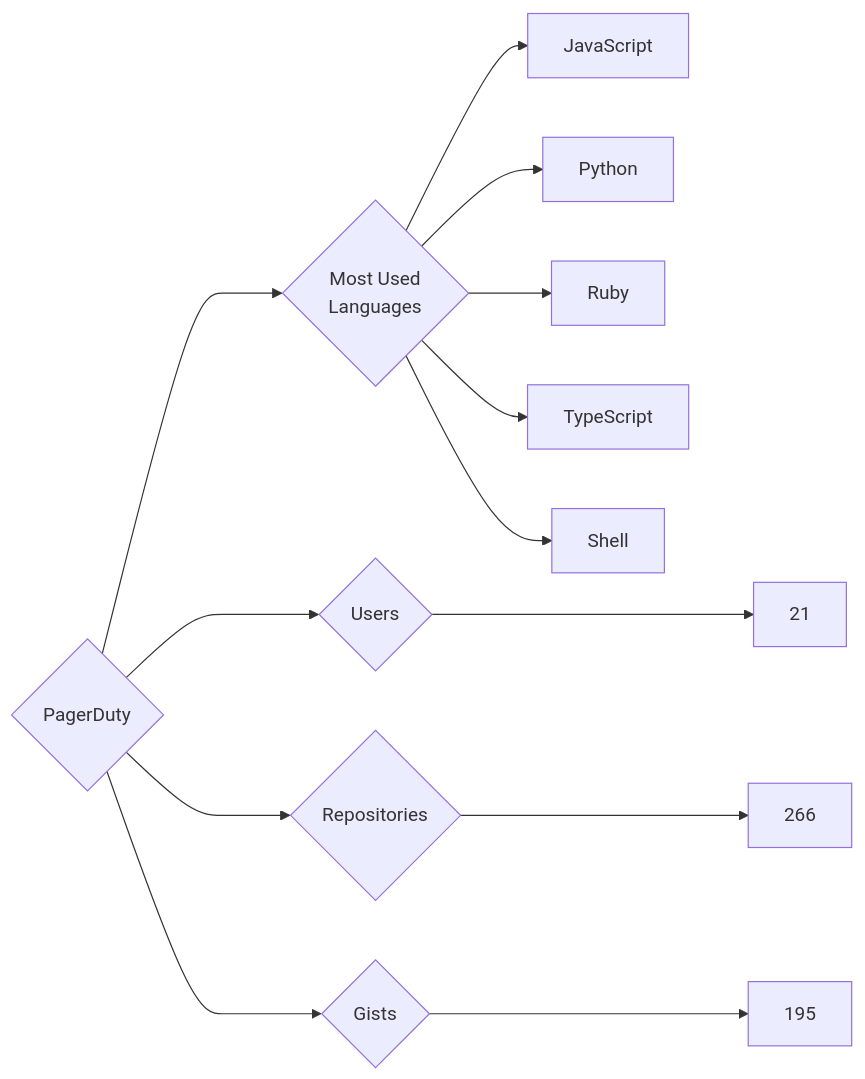
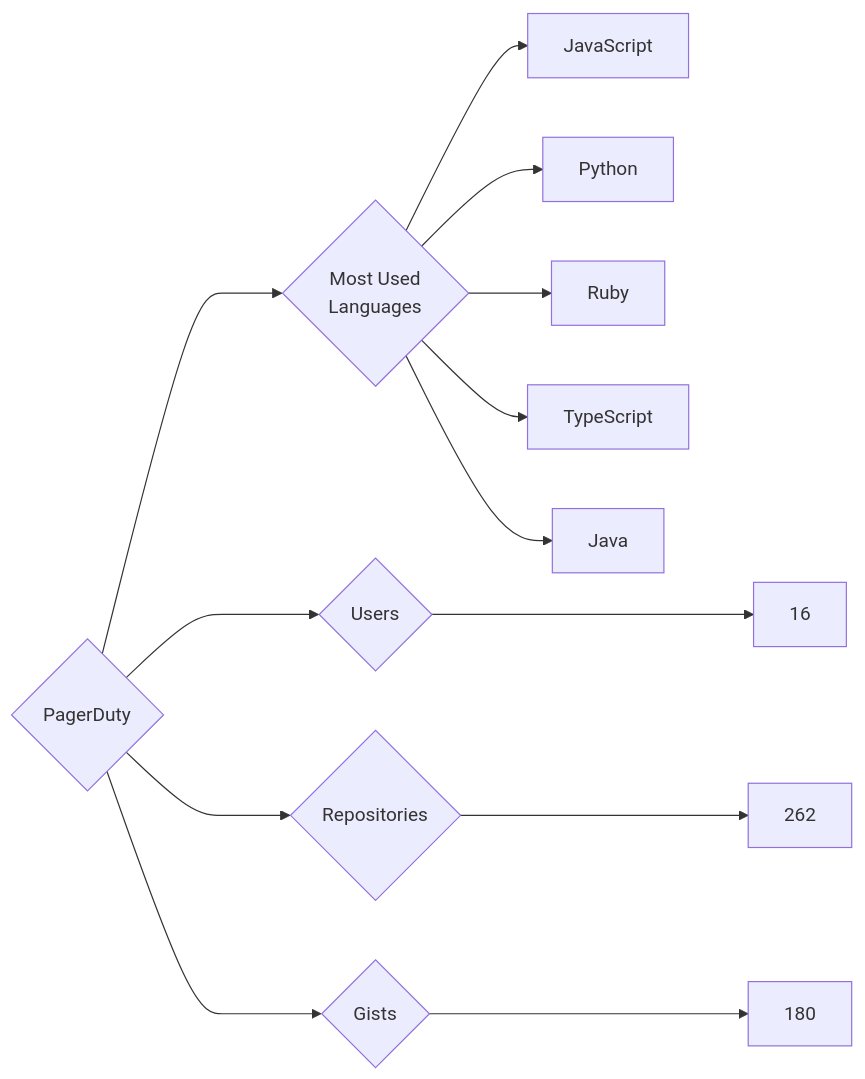
Before and after one commit to trickest/insiders: the diagram in targets/PagerDuty/README.md, drawn with Mermaid. The commit also changed 871 other files, not shown here.

````diff
--- a/targets/PagerDuty/README.md
+++ b/targets/PagerDuty/README.md
@@ -3,13 +3,13 @@
 ```mermaid
 graph LR
 COMPANY_NAME{PagerDuty}
-COMPANY_NAME ---> U{Users} ---> UN[21]
-COMPANY_NAME ---> R{Repositories} ---> RN[266]
-COMPANY_NAME ---> G{Gists} ---> GN[195]
+COMPANY_NAME ---> U{Users} ---> UN[16]
+COMPANY_NAME ---> R{Repositories} ---> RN[262]
+COMPANY_NAME ---> G{Gists} ---> GN[180]
 COMPANY_NAME ---> ML{Most Used<br>Languages}
 ML --> JavaScript[JavaScript]
 ML --> Python[Python]
 ML --> Ruby[Ruby]
 ML --> TypeScript[TypeScript]
-ML --> Shell[Shell]
+ML --> Java[Java]
 ```
````
